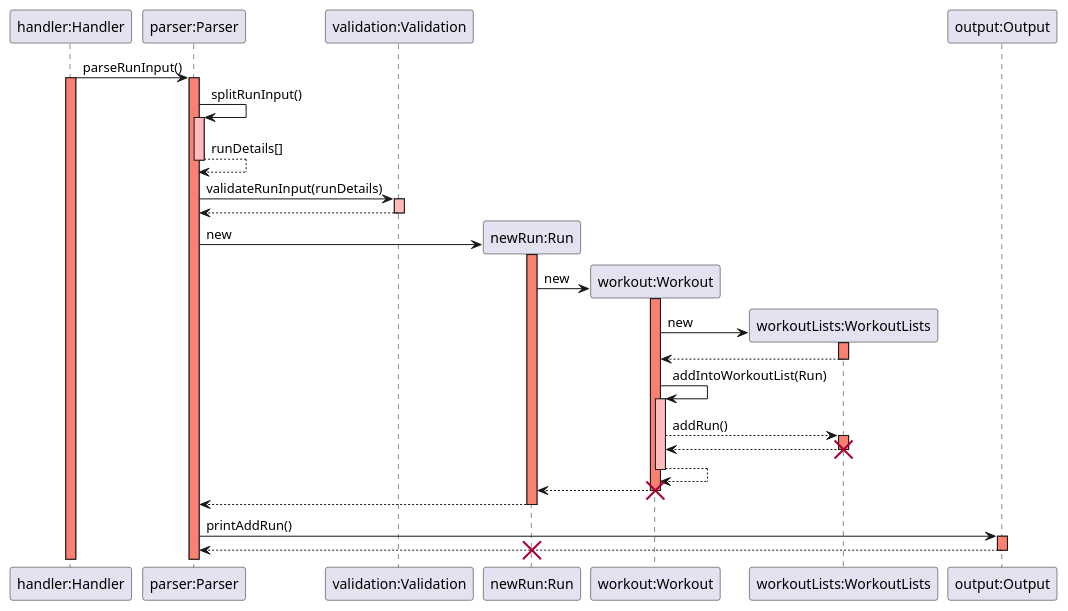
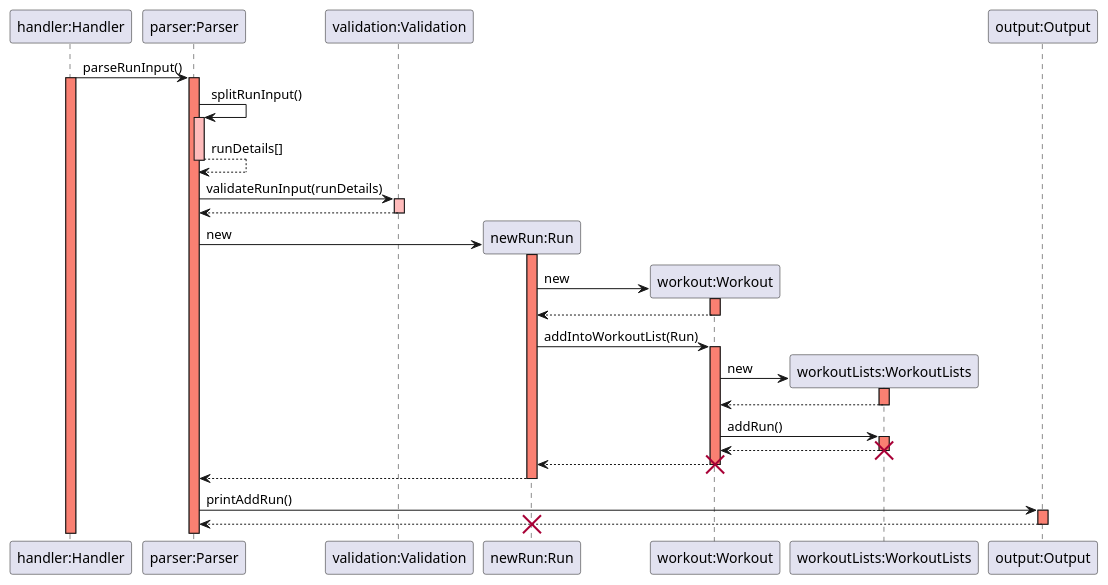
One commit to rouvinerh/tp changed the diagram in docs/puml/sequence_diagrams/run_sequence_diagram.puml. Above: the diagram before and after it, drawn with PlantUML. The commit also changed 1 other file, not shown here.

Commit message:
update run seq

```diff
--- a/docs/puml/sequence_diagrams/run_sequence_diagram.puml
+++ b/docs/puml/sequence_diagrams/run_sequence_diagram.puml
@@ -1,54 +1,46 @@
 @startuml
 skinparam sequenceReferenceBackgroundColor lightblue
-
 participant "handler:Handler" as Handler
-
 participant "parser:Parser" as Parser
 participant "validation:Validation" as Validation
 participant "newRun:Run" as Run
 participant "workout:Workout" as Workout
 participant "workoutLists:WorkoutLists" as WorkoutLists
 participant "output:Output" as Output
-
 Handler -> Parser: parseRunInput()
 activate Handler #salmon
 activate Parser #salmon
-
 Parser -> Parser: splitRunInput()
 activate Parser #FFBBBB
 Parser --> Parser: runDetails[]
 deactivate Parser #FFBBBB
-
 Parser -> Validation: validateRunInput(runDetails)
 activate Validation #FFBBBB
 Validation --> Parser: 
 deactivate Validation
-
 Parser -> Run **: new
 activate Run #salmon
 Run -> Workout **: new
 activate Workout #salmon
-
+Workout --> Run
+deactivate Workout #salmon
+Run -> Workout: addIntoWorkoutList(Run)
+activate Workout #salmon
 Workout -> WorkoutLists **: new
 activate WorkoutLists #salmon
 WorkoutLists --> Workout: 
 deactivate WorkoutLists #salmon
-Workout -> Workout: addIntoWorkoutList(Run)
-activate Workout #FFBBBB
-Workout --> WorkoutLists: addRun()
+Workout -> WorkoutLists: addRun()
 activate WorkoutLists #salmon
 WorkoutLists --> Workout: 
 destroy WorkoutLists
-Workout --> Workout:
-deactivate Workout #FFBBBB
 Workout --> Run:
 destroy Workout
-
 Run --> Parser:
 deactivate Run #FFBBBB
 Parser -> Output: printAddRun()
 activate Output #salmon
 Output --> Parser:
 deactivate Output #salmon
 destroy Run
 @enduml
```
